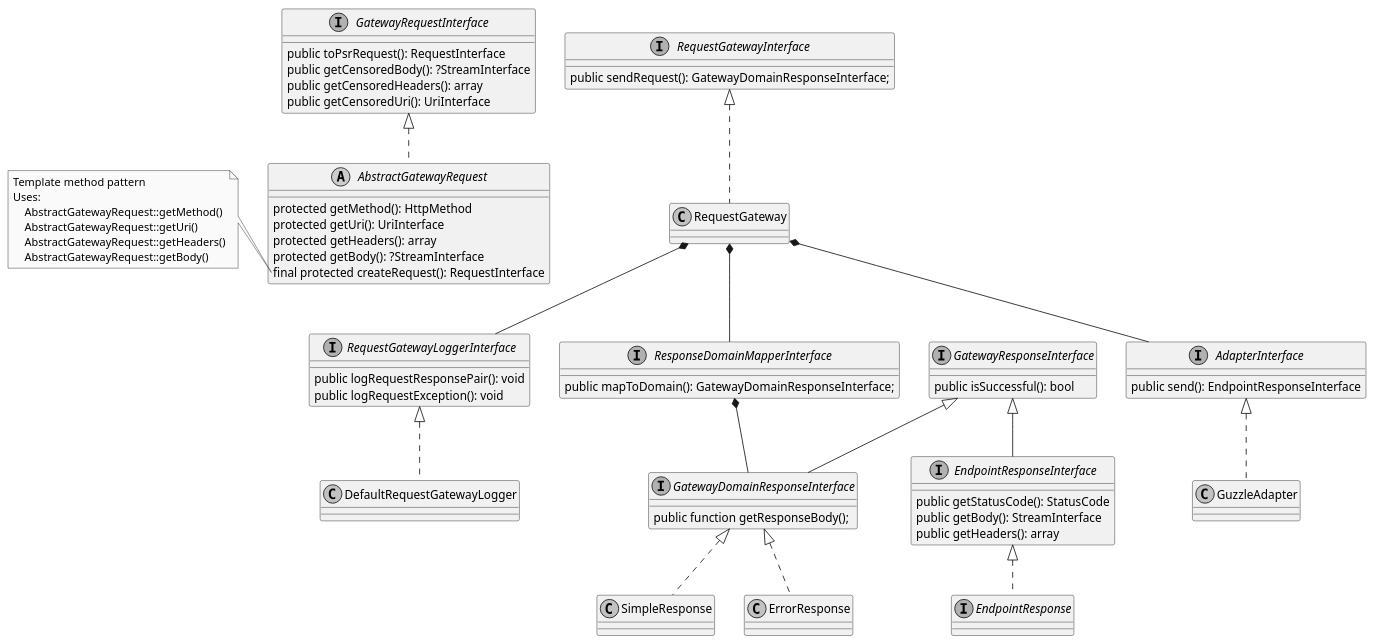
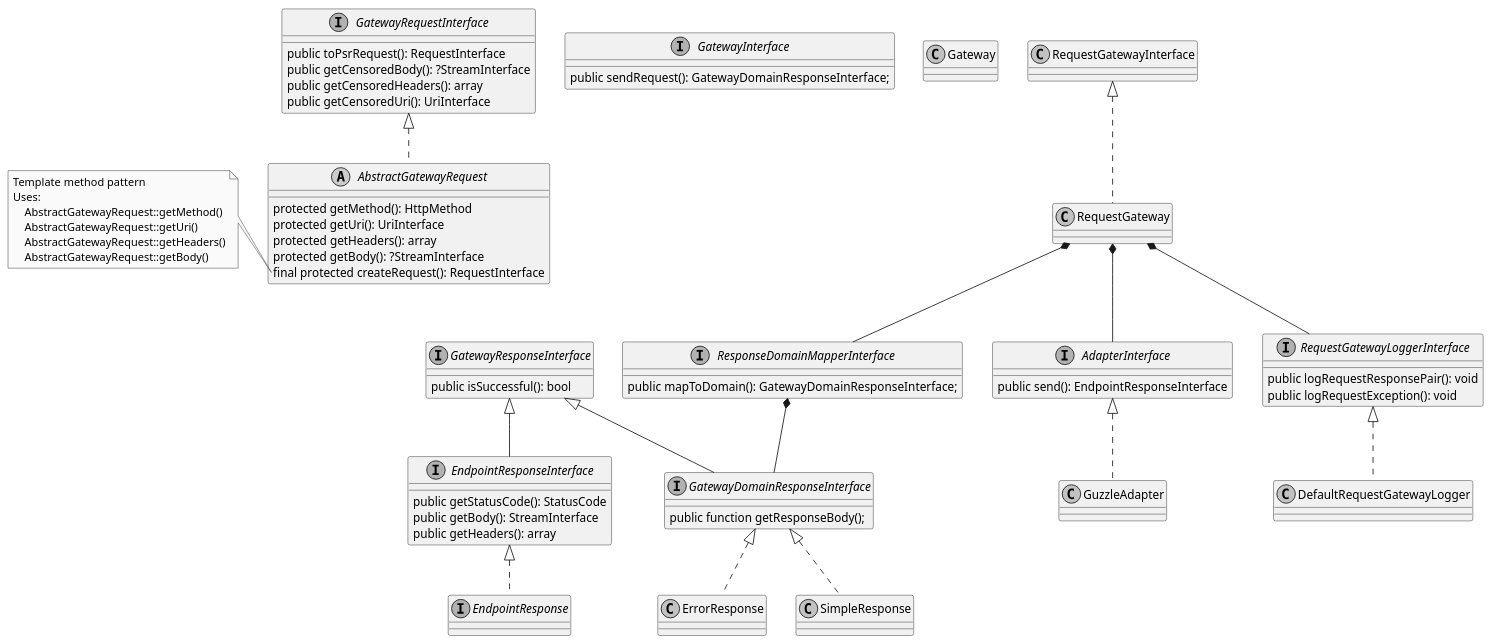
The diagram in docs/uml/overview.puml (profesia/service-layer), drawn with PlantUML before and after one commit. The commit also changed 10 other files, not shown here.

```diff
--- a/docs/uml/overview.puml
+++ b/docs/uml/overview.puml
@@ -1,88 +1,88 @@
 @startuml
 'https://plantuml.com/class-diagram
 
 skinparam monochrome true
 
 interface GatewayRequestInterface {
     public toPsrRequest(): RequestInterface
     public getCensoredBody(): ?StreamInterface
     public getCensoredHeaders(): array
     public getCensoredUri(): UriInterface
 }
 
 abstract class AbstractGatewayRequest {
     protected getMethod(): HttpMethod
     protected getUri(): UriInterface
     protected getHeaders(): array
     protected getBody(): ?StreamInterface
     final protected createRequest(): RequestInterface
 }
 
-interface RequestGatewayInterface {
+interface GatewayInterface {
     public sendRequest(): GatewayDomainResponseInterface;
 }
 
-class RequestGateway {
+class Gateway {
 }
 
 interface GatewayResponseInterface {
     public isSuccessful(): bool
 }
 
 interface EndpointResponseInterface {
     public getStatusCode(): StatusCode
     public getBody(): StreamInterface
     public getHeaders(): array
 }
 
 interface EndpointResponse {
 }
 
 interface GatewayDomainResponseInterface {
     public function getResponseBody();
 }
 
 note left of AbstractGatewayRequest::createRequest
     Template method pattern
     Uses:
         AbstractGatewayRequest::getMethod()
         AbstractGatewayRequest::getUri()
         AbstractGatewayRequest::getHeaders()
         AbstractGatewayRequest::getBody()
 end note
 
 interface AdapterInterface {
     public send(): EndpointResponseInterface
 }
 
 class GuzzleAdapter {
 
 }
 
 interface ResponseDomainMapperInterface {
     public mapToDomain(): GatewayDomainResponseInterface;
 }
 
 interface RequestGatewayLoggerInterface {
     public logRequestResponsePair(): void
     public logRequestException(): void
 }
 
 class DefaultRequestGatewayLogger {
 }
 
 GatewayRequestInterface <|.. AbstractGatewayRequest
 RequestGatewayInterface <|.. RequestGateway
 GatewayResponseInterface <|-- EndpointResponseInterface
 GatewayResponseInterface <|-- GatewayDomainResponseInterface
 AdapterInterface <|.. GuzzleAdapter
 RequestGateway *-- AdapterInterface
 RequestGateway *-- ResponseDomainMapperInterface
 RequestGateway *-- RequestGatewayLoggerInterface
 ResponseDomainMapperInterface *-- GatewayDomainResponseInterface
 GatewayDomainResponseInterface <|.. ErrorResponse
 GatewayDomainResponseInterface <|.. SimpleResponse
 EndpointResponseInterface <|.. EndpointResponse
 RequestGatewayLoggerInterface <|.. DefaultRequestGatewayLogger
 
 @enduml
```
